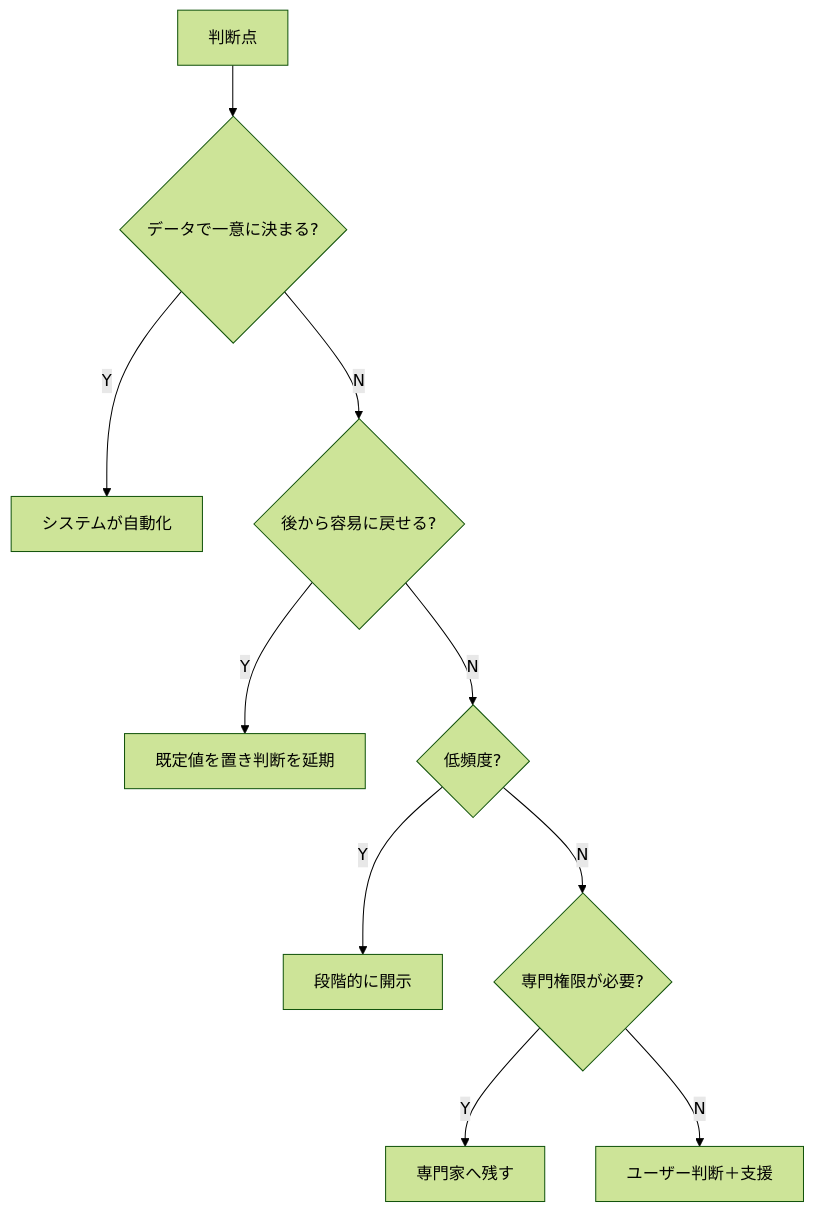
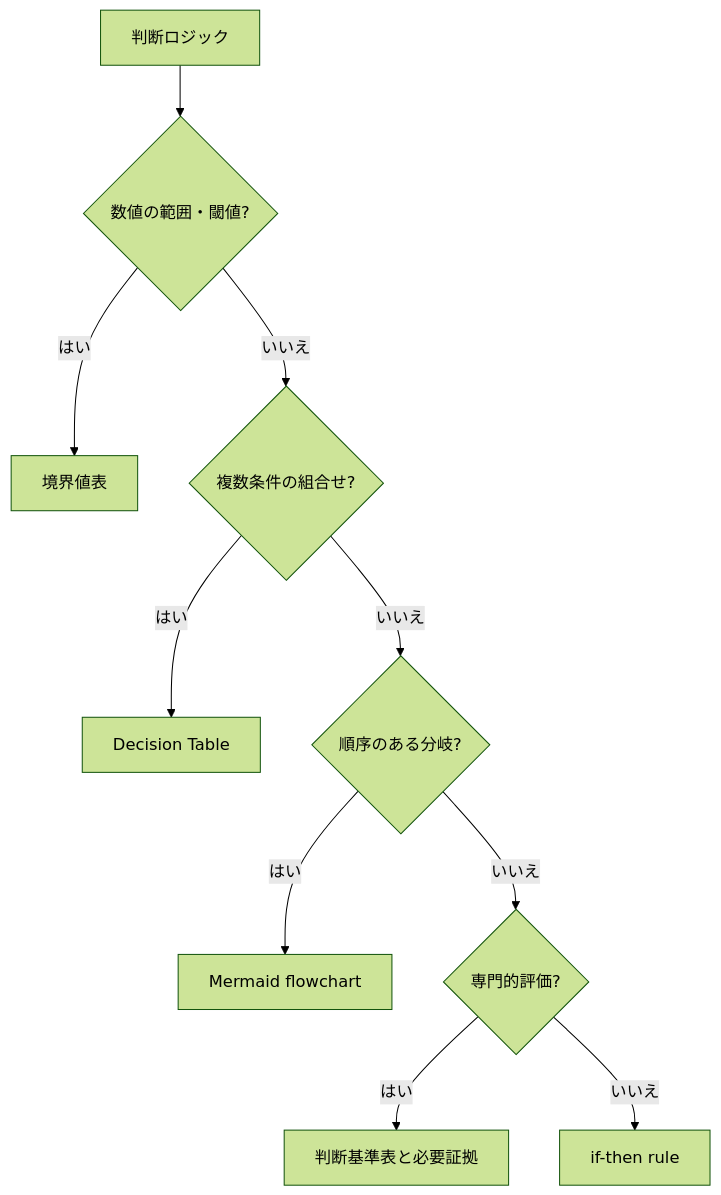
The sixth of 8 diagrams in skills/interaction-design-review-agent/SKILL.md (lilpacy/dotfiles), drawn with Mermaid (forest theme) before and after one commit. The commit also changed other lines of this file and 25 other files, not shown here.

````diff
--- a/skills/interaction-design-review-agent/SKILL.md
+++ b/skills/interaction-design-review-agent/SKILL.md
@@ -195,12 +254,23 @@
 ```mermaid
 flowchart TD
-    A[判断点] --> B{データで一意に決まる?}
-    B -->|Y| C[システムが自動化]
-    B -->|N| D{後から容易に戻せる?}
-    D -->|Y| E[既定値を置き判断を延期]
-    D -->|N| F{低頻度?}
-    F -->|Y| G[段階的に開示]
-    F -->|N| H{専門権限が必要?}
-    H -->|Y| I[専門家へ残す]
-    H -->|N| J[ユーザー判断＋支援]
+    A[判断ロジック]
+    B{数値の範囲・閾値?}
+    C[境界値表]
+    D{複数条件の組合せ?}
+    E[Decision Table]
+    F{順序のある分岐?}
+    G[Mermaid flowchart]
+    H{専門的評価?}
+    I[判断基準表と必要証拠]
+    J[if-then rule]
+
+    A --> B
+    B -- はい --> C
+    B -- いいえ --> D
+    D -- はい --> E
+    D -- いいえ --> F
+    F -- はい --> G
+    F -- いいえ --> H
+    H -- はい --> I
+    H -- いいえ --> J
 ```
````
